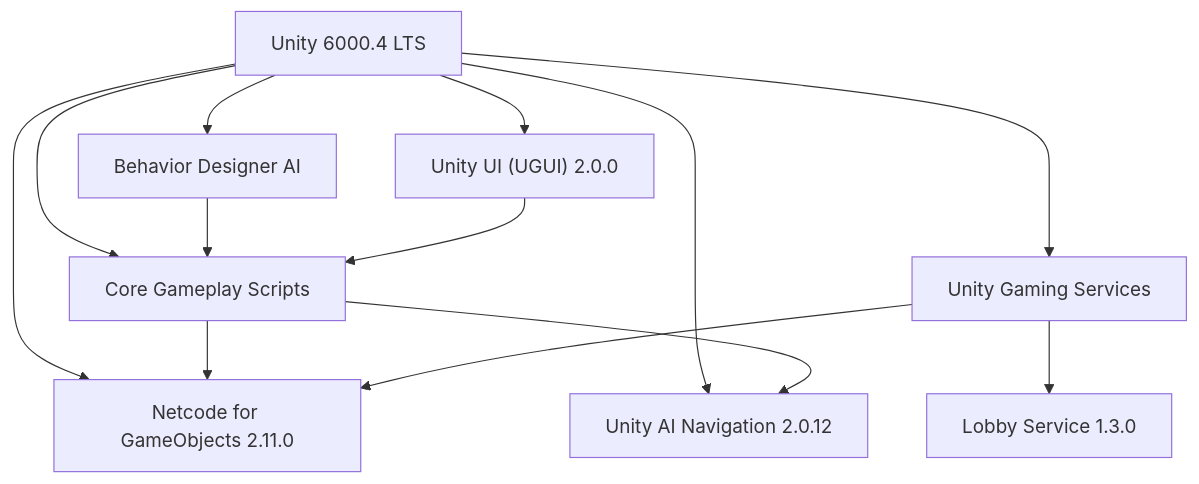
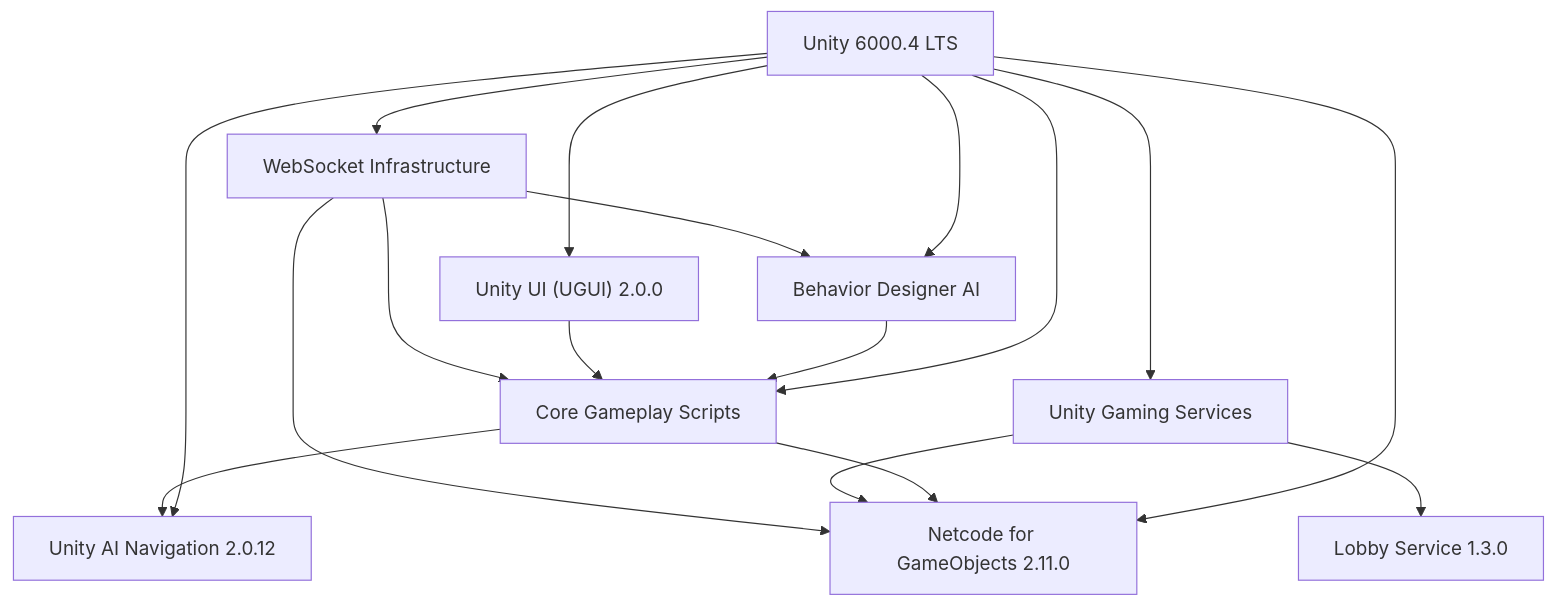
One commit to kandeng/AI-Controlled-battle-game changed the first of 7 diagrams in .qoder/repowiki/en/content/Project Overview/Technology Stack.md. Above: the diagram before and after it, drawn with Mermaid. The commit also changed other lines of this file and 76 other files, not shown here.

````diff
--- a/.qoder/repowiki/en/content/Project Overview/Technology Stack.md
+++ b/.qoder/repowiki/en/content/Project Overview/Technology Stack.md
@@ -48,15 +64,19 @@
 ```mermaid
 graph TB
 Unity["Unity 6000.4 LTS"] --> Core["Core Gameplay Scripts"]
 Unity --> AI["Behavior Designer AI"]
 Unity --> Nav["Unity AI Navigation 2.0.12"]
 Unity --> UI["Unity UI (UGUI) 2.0.0"]
 Unity --> Netcode["Netcode for GameObjects 2.11.0"]
 Unity --> Services["Unity Gaming Services"]
+Unity --> WebSocket["WebSocket Infrastructure"]
 Core --> Netcode
 Core --> Nav
 AI --> Core
 UI --> Core
 Services --> Netcode
+WebSocket --> Core
+WebSocket --> AI
+WebSocket --> Netcode
 Services --> Lobby["Lobby Service 1.3.0"]
 ```
````
